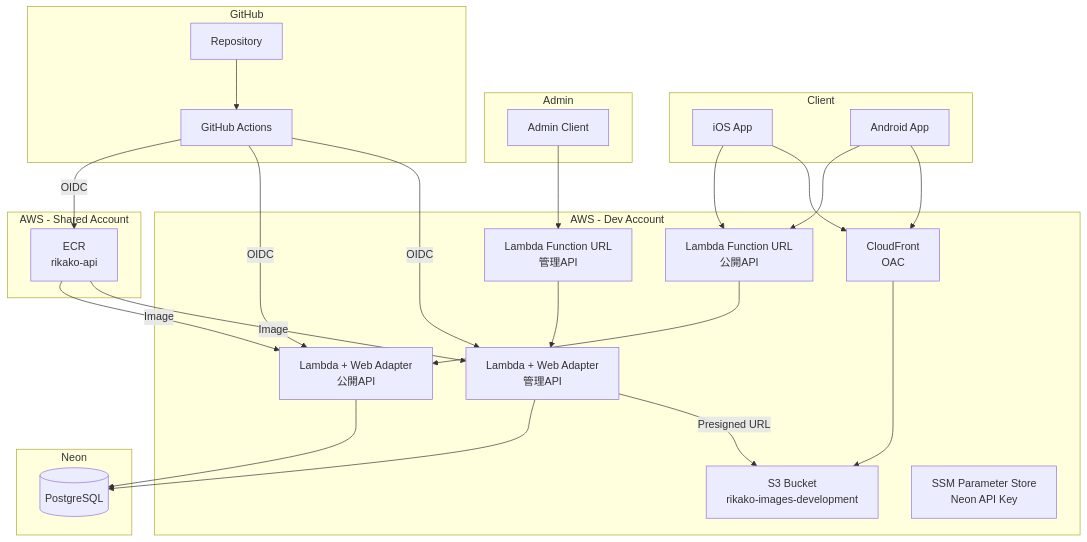
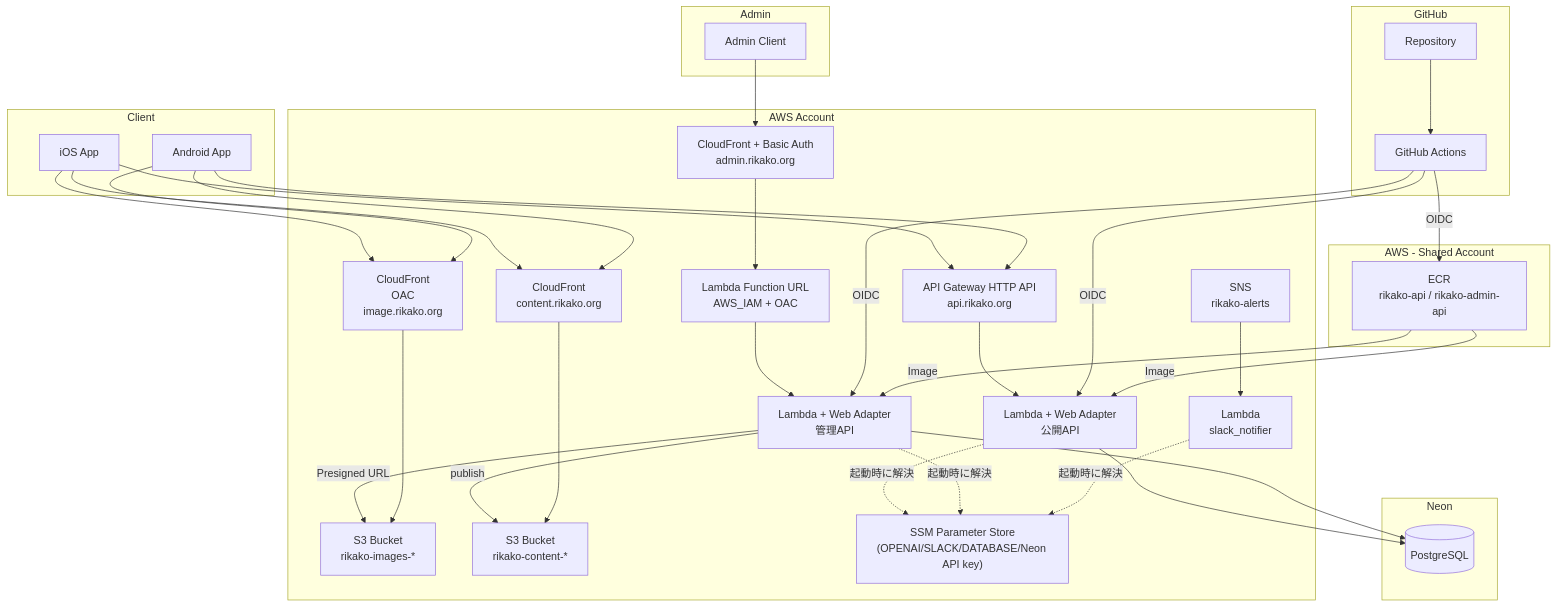
Before and after one commit to takoikatakotako/rikako: the first of 5 diagrams in docs/architecture.md, drawn with Mermaid. The commit also changed other lines of this file and 3 other files, not shown here.

First line of the commit message:
docs: SSM 化と API Gateway 化を反映してドキュメントを更新

````diff
--- a/docs/architecture.md
+++ b/docs/architecture.md
@@ -5,53 +5,67 @@
 ```mermaid
 graph TB
     subgraph Client
         iOS[iOS App]
         Android[Android App]
     end
 
     subgraph Admin
         AdminClient[Admin Client]
     end
 
-    subgraph AWS - Dev Account
-        FURL[Lambda Function URL<br/>公開API]
+    subgraph AWS Account
+        APIGW[API Gateway HTTP API<br/>api.rikako.org]
         Lambda[Lambda + Web Adapter<br/>公開API]
-        AdminFURL[Lambda Function URL<br/>管理API]
+        AdminCF[CloudFront + Basic Auth<br/>admin.rikako.org]
+        AdminFURL[Lambda Function URL<br/>AWS_IAM + OAC]
         AdminLambda[Lambda + Web Adapter<br/>管理API]
-        S3[S3 Bucket<br/>rikako-images-development]
-        CF[CloudFront<br/>OAC]
-        SSM[SSM Parameter Store<br/>Neon API Key]
+        S3[S3 Bucket<br/>rikako-images-*]
+        CF[CloudFront<br/>OAC<br/>image.rikako.org]
+        ContentCF[CloudFront<br/>content.rikako.org]
+        ContentS3[S3 Bucket<br/>rikako-content-*]
+        SlackNotifier[Lambda<br/>slack_notifier]
+        SNS[SNS<br/>rikako-alerts]
+        SSM["SSM Parameter Store<br/>(OPENAI/SLACK/DATABASE/Neon API key)"]
     end
 
     subgraph Neon
         DB[(PostgreSQL)]
     end
 
     subgraph AWS - Shared Account
-        ECR[ECR<br/>rikako-api]
+        ECR[ECR<br/>rikako-api / rikako-admin-api]
     end
 
     subgraph GitHub
         Repo[Repository]
         Actions[GitHub Actions]
     end
 
-    iOS --> FURL
-    Android --> FURL
+    iOS --> APIGW
+    Android --> APIGW
     iOS --> CF
     Android --> CF
-    FURL --> Lambda
+    iOS --> ContentCF
+    Android --> ContentCF
+    APIGW --> Lambda
     Lambda --> DB
-    AdminClient --> AdminFURL
+    Lambda -.->|起動時に解決| SSM
+    AdminClient --> AdminCF
+    AdminCF --> AdminFURL
     AdminFURL --> AdminLambda
     AdminLambda --> DB
+    AdminLambda -.->|起動時に解決| SSM
     AdminLambda -->|Presigned URL| S3
+    AdminLambda -->|publish| ContentS3
     CF --> S3
+    ContentCF --> ContentS3
+    SNS --> SlackNotifier
+    SlackNotifier -.->|起動時に解決| SSM
 
     Actions -->|OIDC| ECR
     Actions -->|OIDC| Lambda
     Actions -->|OIDC| AdminLambda
     ECR -->|Image| Lambda
     ECR -->|Image| AdminLambda
     Repo --> Actions
 ```
````
